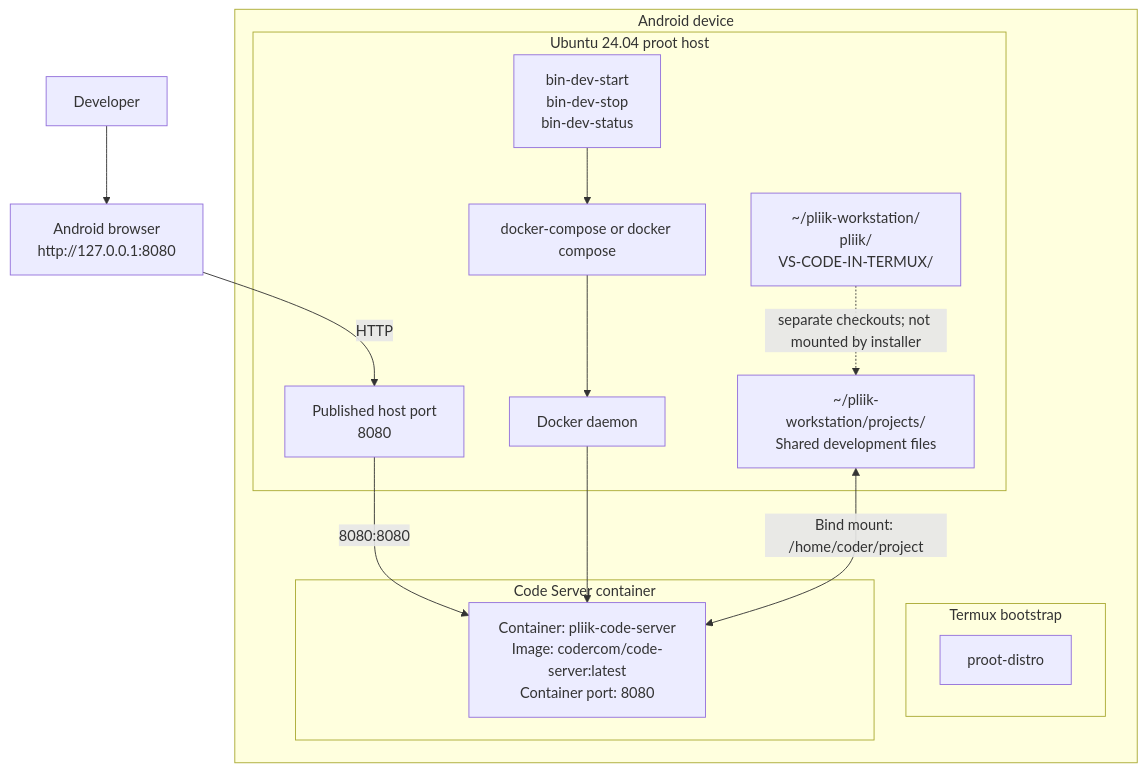
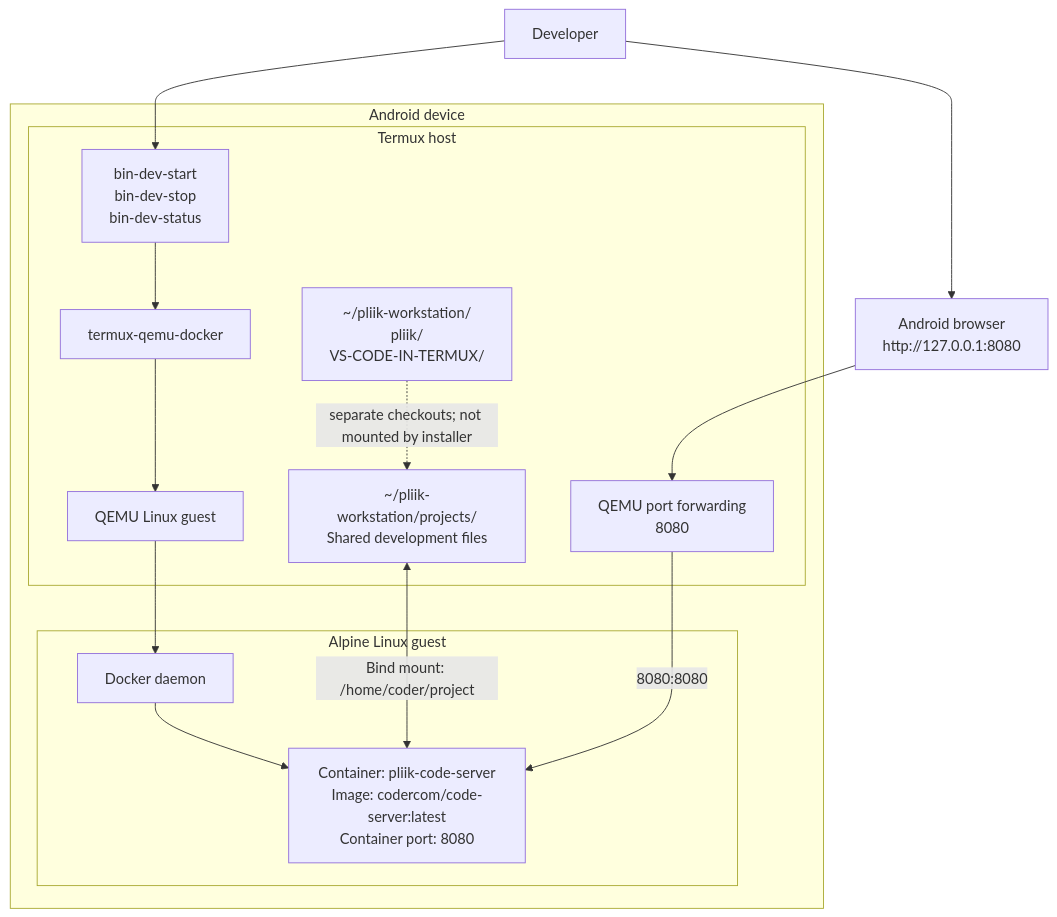
One commit to mutualendemic/pliik changed the first of 2 diagrams in ARCHITECTURE.md. Above: the diagram before and after it, drawn with Mermaid. The commit also changed other lines of this file and 2 other files, not shown here.

Commit message:
Run Docker guest through Termux QEMU

````diff
--- a/ARCHITECTURE.md
+++ b/ARCHITECTURE.md
@@ -7,33 +7,32 @@
 ```mermaid
 flowchart TB
     User[Developer]
     Browser[Android browser\nhttp://127.0.0.1:8080]
 
     subgraph Android[Android device]
-        subgraph Termux[Termux bootstrap]
-            ProotDistro[proot-distro]
+        subgraph Termux[Termux host]
+            Helper[termux-qemu-docker]
+            QEMU[QEMU Linux guest]
+            Repos["~/pliik-workstation/\npliik/\nVS-CODE-IN-TERMUX/"]
+            Projects["~/pliik-workstation/projects/\nShared development files"]
+            Helpers["bin-dev-start\nbin-dev-stop\nbin-dev-status"]
+            PortForward["QEMU port forwarding\n8080"]
         end
 
-        subgraph Ubuntu[Ubuntu 24.04 proot host]
-            Repos["~/pliik-workstation/\npliik/\nVS-CODE-IN-TERMUX/"]
-            Projects["~/pliik-workstation/projects/\nShared development files"]
+        subgraph Guest[Alpine Linux guest]
             DockerEngine[Docker daemon]
-            Compose["docker-compose or docker compose"]
-            Helpers["bin-dev-start\nbin-dev-stop\nbin-dev-status"]
-            PortForward["Published host port\n8080"]
-        end
-
-        subgraph Container[Code Server container]
             CodeServer["Container: pliik-code-server\nImage: codercom/code-server:latest\nContainer port: 8080"]
         end
     end
 
     User --> Browser
-    Browser -->|HTTP| PortForward
-    PortForward -->|8080:8080| CodeServer
-    Helpers --> Compose
-    Compose --> DockerEngine
+    Browser --> PortForward
+    User --> Helpers
+    Helpers --> Helper
+    Helper --> QEMU
+    QEMU --> DockerEngine
     DockerEngine --> CodeServer
     Projects <-->|Bind mount: /home/coder/project| CodeServer
     Repos -. "separate checkouts; not mounted by installer" .-> Projects
+    PortForward -->|8080:8080| CodeServer
 ```
````
